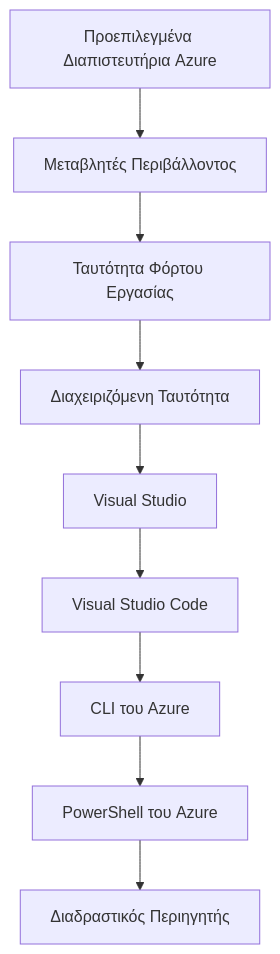
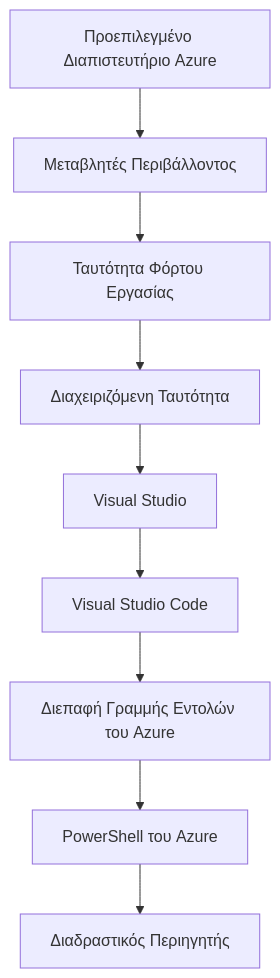
The second of 2 diagrams in translations/el/docs/chapter-01-foundation/azd-basics.md (microsoft/AZD-for-beginners), drawn with Mermaid before and after one commit. The commit also changed other lines of this file and 101 other files, not shown here.

````diff
--- a/translations/el/docs/chapter-01-foundation/azd-basics.md
+++ b/translations/el/docs/chapter-01-foundation/azd-basics.md
@@ -558,11 +593,11 @@
 ```mermaid
 graph TD
-    A[Προεπιλεγμένα Διαπιστευτήρια Azure] --> B[Μεταβλητές Περιβάλλοντος]
+    A[Προεπιλεγμένο Διαπιστευτήριο Azure] --> B[Μεταβλητές Περιβάλλοντος]
     B --> C[Ταυτότητα Φόρτου Εργασίας]
     C --> D[Διαχειριζόμενη Ταυτότητα]
     D --> E[Visual Studio]
     E --> F[Visual Studio Code]
-    F --> G[CLI του Azure]
+    F --> G[Διεπαφή Γραμμής Εντολών του Azure]
     G --> H[PowerShell του Azure]
     H --> I[Διαδραστικός Περιηγητής]
 ```
````
